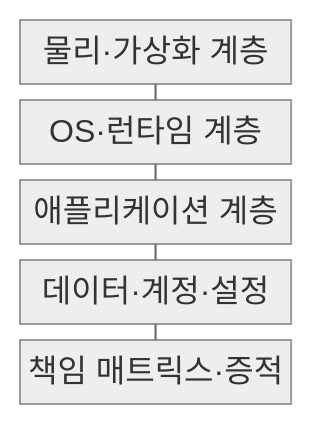
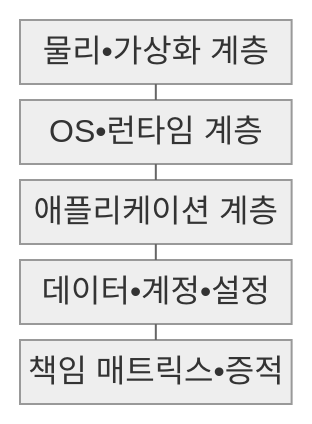
One commit to agnusdei1207/knowledge-base changed the first of 2 diagrams in src/content/docs/notes/03-software/141_cloud_service_models.md. Above: the diagram before and after it, drawn with Mermaid (neutral theme). The commit also changed other lines of this file and 953 other files, not shown here.

````diff
--- a/src/content/docs/notes/03-software/141_cloud_service_models.md
+++ b/src/content/docs/notes/03-software/141_cloud_service_models.md
@@ -72,13 +72,13 @@
 ```mermaid
 block
     columns 1
-    A["물리·가상화 계층"]
-    B["OS·런타임 계층"]
+    A["물리•가상화 계층"]
+    B["OS•런타임 계층"]
     C["애플리케이션 계층"]
-    D["데이터·계정·설정"]
-    E["책임 매트릭스·증적"]
+    D["데이터•계정•설정"]
+    E["책임 매트릭스•증적"]
     A --- B
     B --- C
     C --- D
     D --- E
 ```
````
